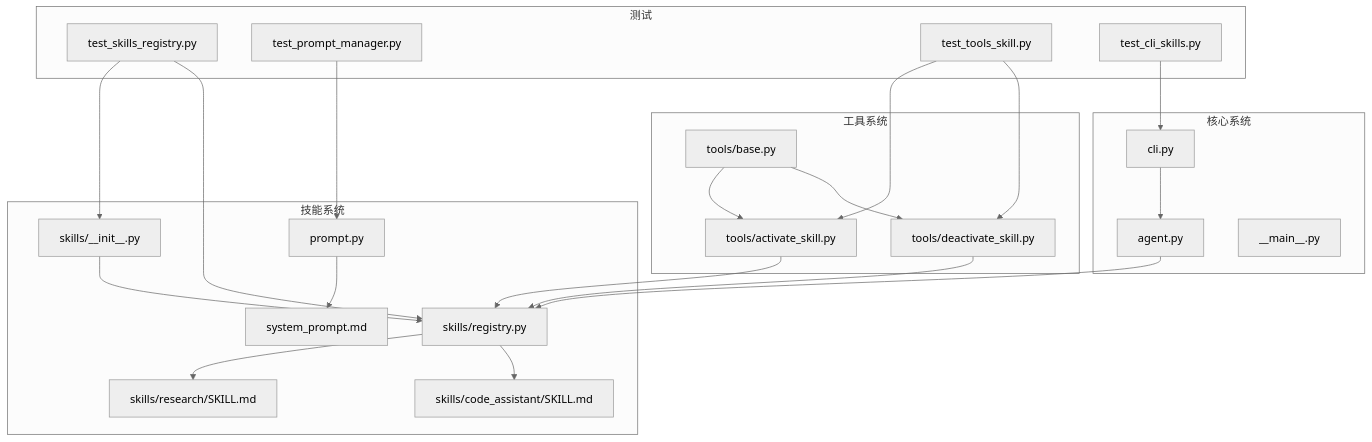
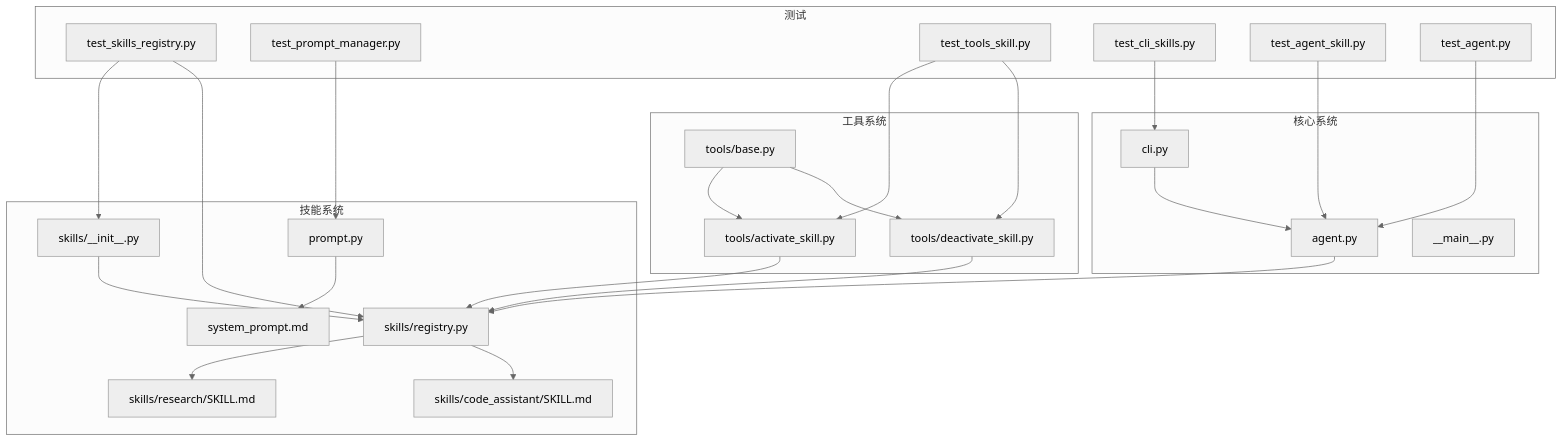
Before and after one commit to 250shiwo/MySmallAgent: diagram 11 of 11 in .qoder/repowiki/zh/content/核心模块详解/技能系统.md, drawn with Mermaid (neutral theme). The commit also changed other lines of this file and 31 other files, not shown here.

````diff
--- a/.qoder/repowiki/zh/content/核心模块详解/技能系统.md
+++ b/.qoder/repowiki/zh/content/核心模块详解/技能系统.md
@@ -468,43 +508,47 @@
 ```mermaid
 graph TB
 subgraph "技能系统"
 A[skills/__init__.py]
 B[skills/registry.py]
 C[skills/research/SKILL.md]
 D[skills/code_assistant/SKILL.md]
 E[prompt.py]
 F[system_prompt.md]
 end
 subgraph "工具系统"
 G[tools/activate_skill.py]
 H[tools/deactivate_skill.py]
 I[tools/base.py]
 end
 subgraph "核心系统"
 J[cli.py]
 K[agent.py]
 L[__main__.py]
 end
 subgraph "测试"
 M[test_skills_registry.py]
 N[test_prompt_manager.py]
 O[test_tools_skill.py]
 P[test_cli_skills.py]
+Q[test_agent_skill.py]
+R[test_agent.py]
 end
 A --> B
 B --> C
 B --> D
 E --> F
 G --> B
 H --> B
 I --> G
 I --> H
 J --> K
 K --> B
 M --> A
 M --> B
 N --> E
 O --> G
 O --> H
 P --> J
+Q --> K
+R --> K
 ```
````
